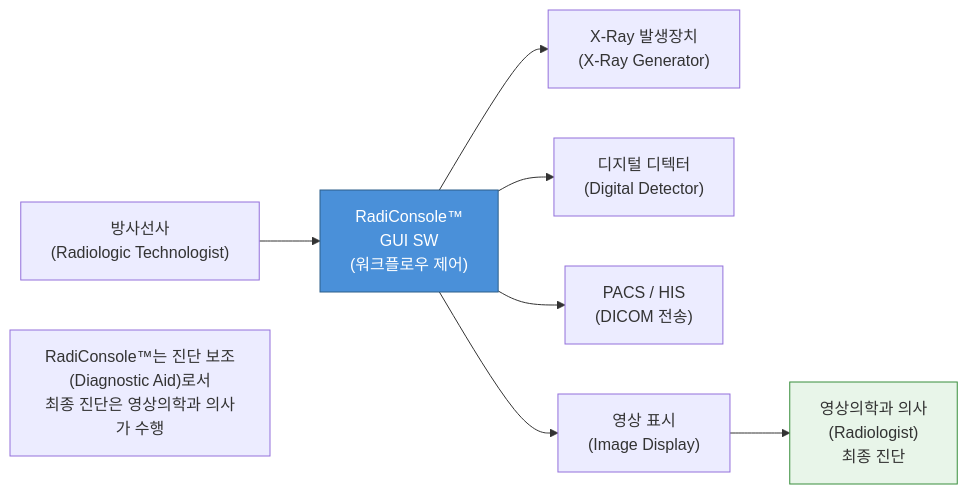
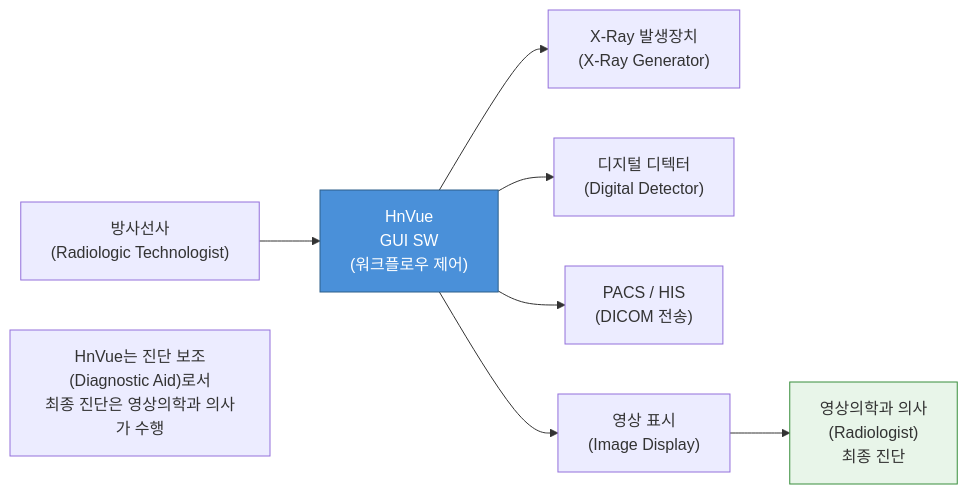
The first of 7 diagrams in docs/regulatory/DOC-020_Clinical_Evaluation_Plan_v1.0.md (holee9/console-gui), drawn with Mermaid before and after one commit. The commit also changed other lines of this file and 40 other files, not shown here.

````diff
--- a/docs/regulatory/DOC-020_Clinical_Evaluation_Plan_v1.0.md
+++ b/docs/regulatory/DOC-020_Clinical_Evaluation_Plan_v1.0.md
@@ -78,14 +78,14 @@
 ```mermaid
 flowchart LR
-    A["방사선사\n(Radiologic Technologist)"] --> B["RadiConsole™\nGUI SW\n(워크플로우 제어)"]
+    A["방사선사\n(Radiologic Technologist)"] --> B["HnVue\nGUI SW\n(워크플로우 제어)"]
     B --> C["X-Ray 발생장치\n(X-Ray Generator)"]
     B --> D["디지털 디텍터\n(Digital Detector)"]
     B --> E["PACS / HIS\n(DICOM 전송)"]
     B --> F["영상 표시\n(Image Display)"]
     F --> G["영상의학과 의사\n(Radiologist)\n최종 진단"]
     
     style B fill:#4A90D9,color:#fff,stroke:#2C5F8A
     style G fill:#E8F5E9,stroke:#388E3C
     
-    note1["RadiConsole™는 진단 보조(Diagnostic Aid)로서\n최종 진단은 영상의학과 의사가 수행"]
+    note1["HnVue는 진단 보조(Diagnostic Aid)로서\n최종 진단은 영상의학과 의사가 수행"]
 ```
````
